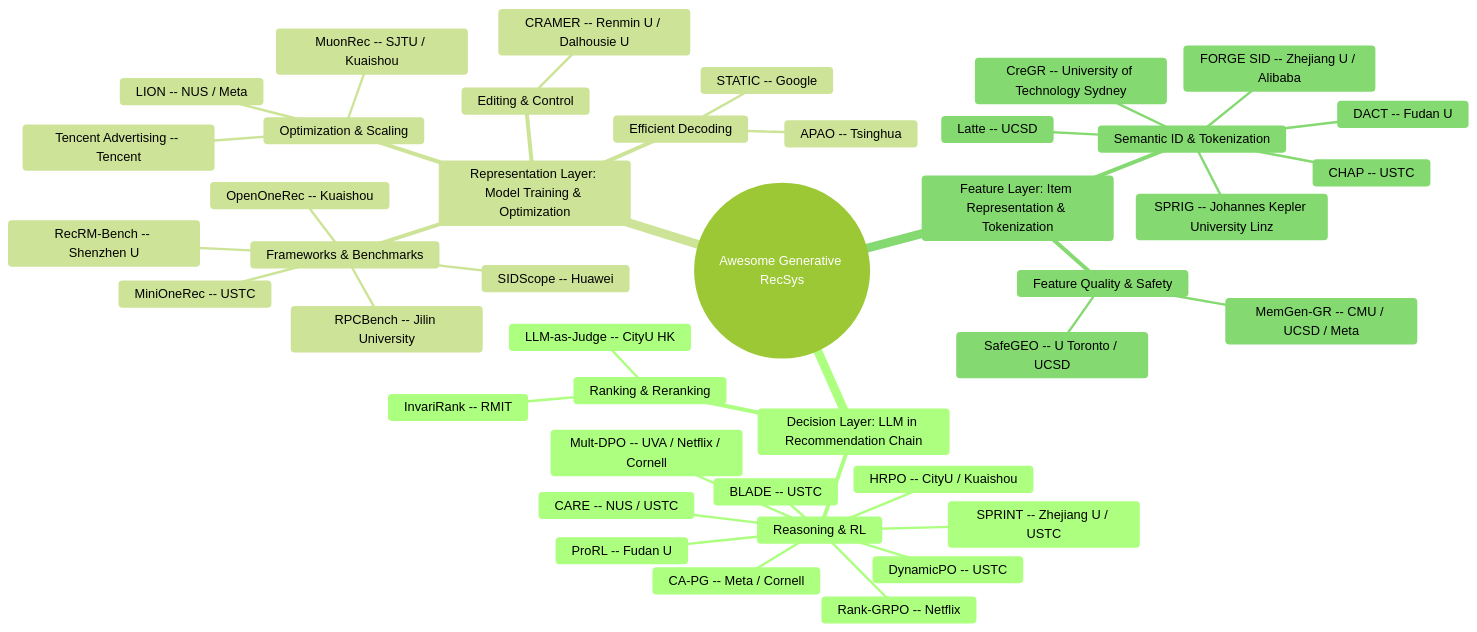
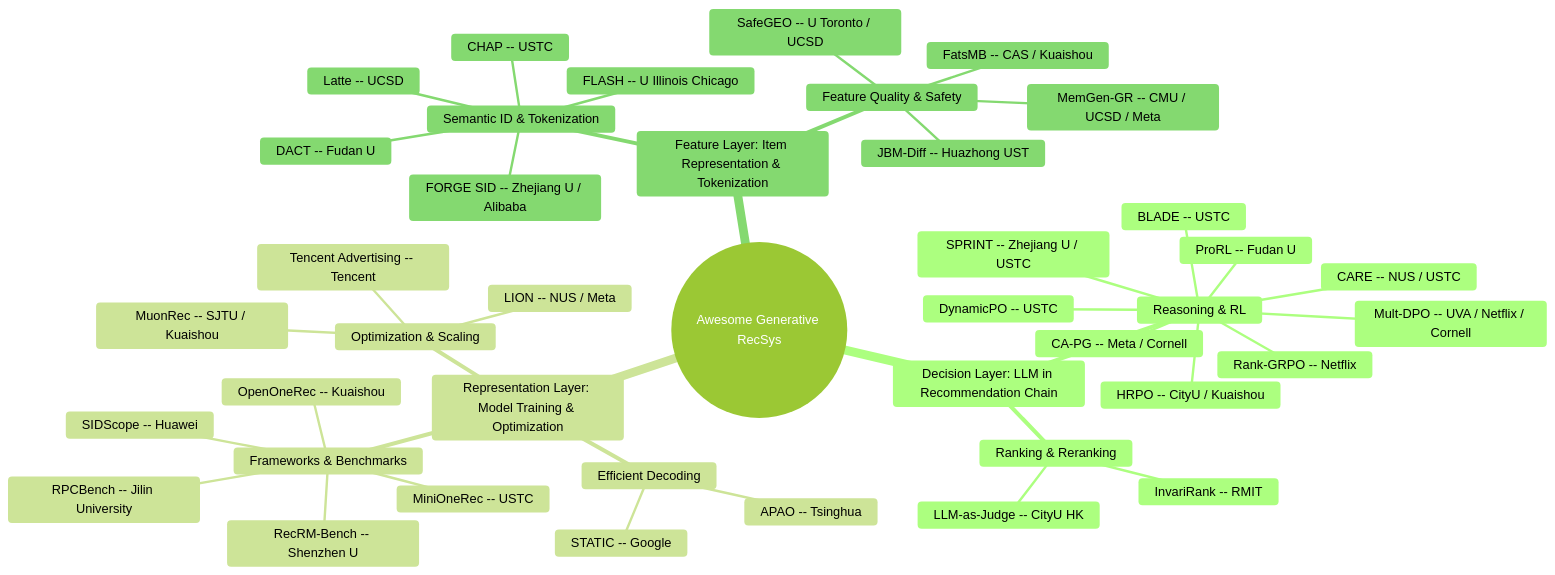
The diagram in README.md (HaFred/awesome-generative-recsys), drawn with Mermaid (forest theme) before and after one commit. The commit also changed other lines of this file and 3 other files, not shown here.

Commit message:
feat: October 08 — 7 gen-rec papers (3 opensource: FLASH, JBM-Diff, FatsMB); archive Sep 27

````diff
--- a/README.md
+++ b/README.md
@@ -30,46 +30,44 @@
 ```mermaid
 mindmap
   root((Awesome Generative RecSys))
     Decision Layer: LLM in Recommendation Chain
       Reasoning & RL
         Rank-GRPO -- Netflix
         DynamicPO -- USTC
         BLADE -- USTC
         SPRINT -- Zhejiang U / USTC
         CARE -- NUS / USTC
         HRPO -- CityU / Kuaishou
         Mult-DPO -- UVA / Netflix / Cornell
         CA-PG -- Meta / Cornell
         ProRL -- Fudan U
       Ranking & Reranking
         InvariRank -- RMIT
         LLM-as-Judge -- CityU HK
     Representation Layer: Model Training & Optimization
-      Editing & Control
-        CRAMER -- Renmin U / Dalhousie U
       Frameworks & Benchmarks
         MiniOneRec -- USTC
         OpenOneRec -- Kuaishou
         RecRM-Bench -- Shenzhen U
         SIDScope -- Huawei
         RPCBench -- Jilin University
       Efficient Decoding
         STATIC -- Google
         APAO -- Tsinghua
       Optimization & Scaling
         MuonRec -- SJTU / Kuaishou
         Tencent Advertising -- Tencent
         LION -- NUS / Meta
     Feature Layer: Item Representation & Tokenization
       Semantic ID & Tokenization
         Latte -- UCSD
         FORGE SID -- Zhejiang U / Alibaba
         DACT -- Fudan U
         CHAP -- USTC
-        SPRIG -- Johannes Kepler University Linz
-        CreGR -- University of Technology Sydney
+        FLASH -- U Illinois Chicago
       Feature Quality & Safety
         SafeGEO -- U Toronto / UCSD
         MemGen-GR -- CMU / UCSD / Meta
-
+        JBM-Diff -- Huazhong UST
+        FatsMB -- CAS / Kuaishou
 ```
````
